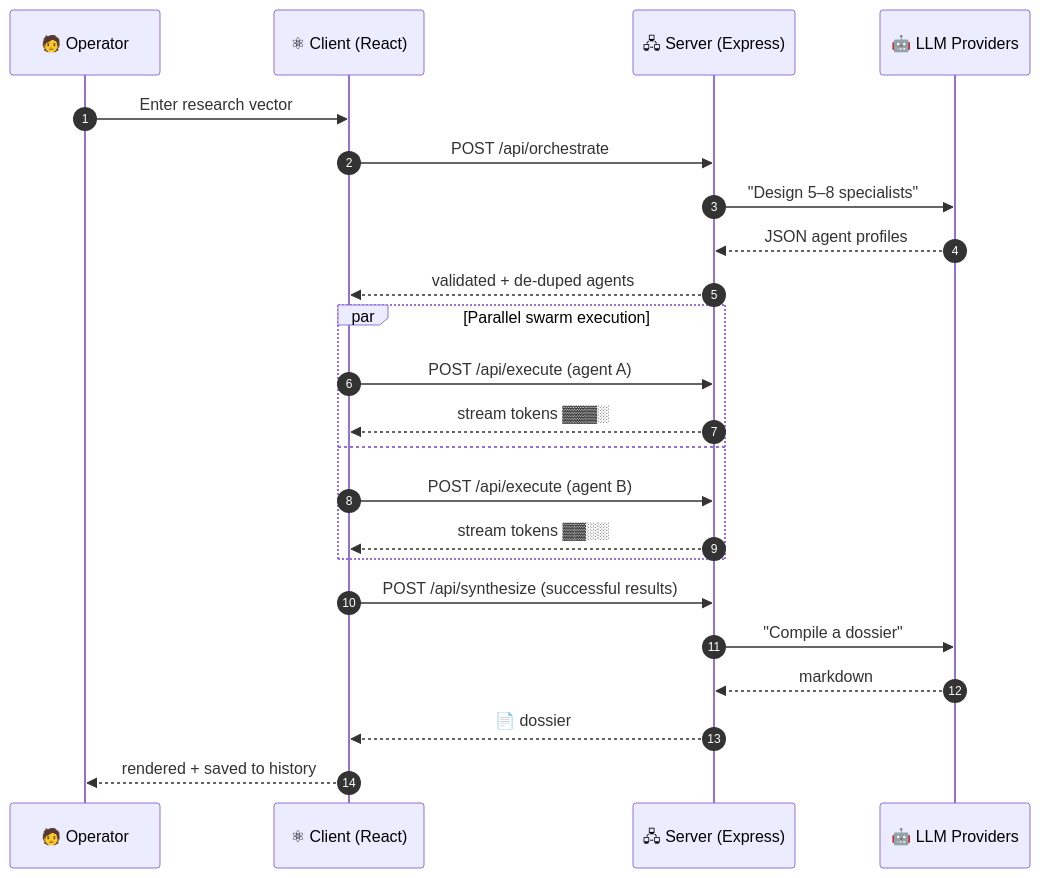
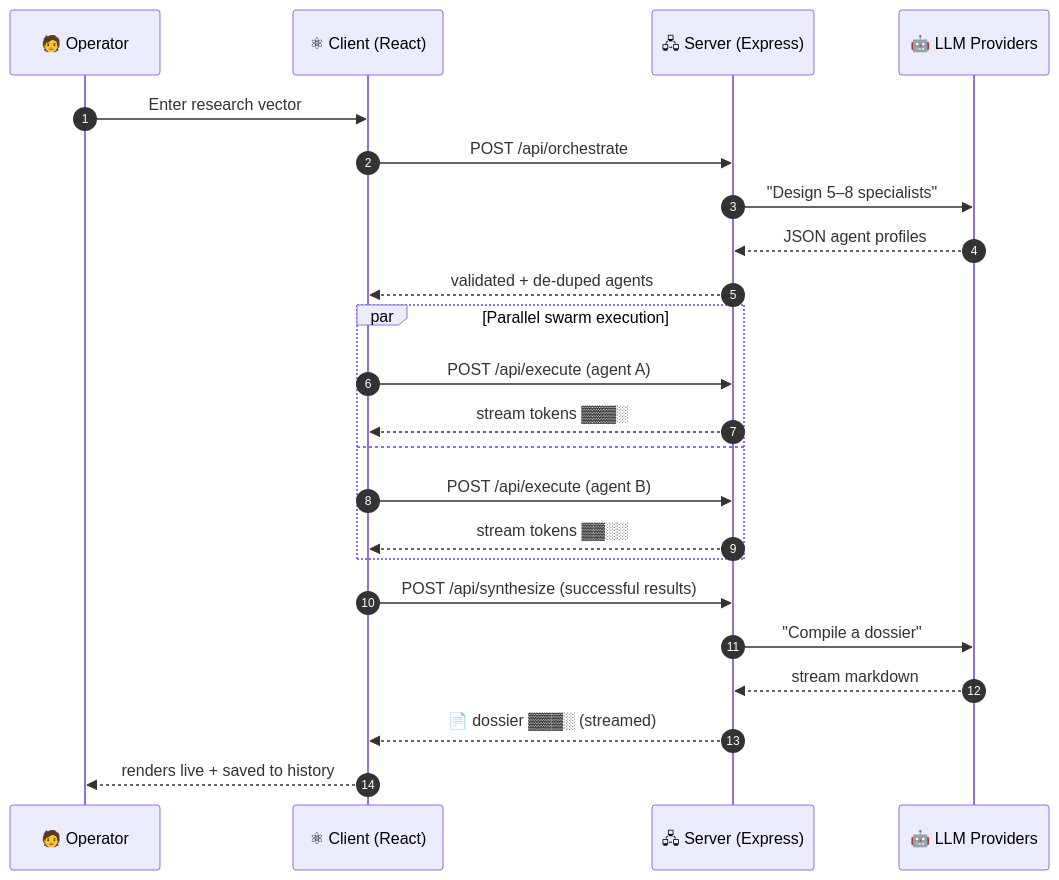
Before and after one commit to rustyorb/cognitive-swarm-engine: the second of 2 diagrams in README.md, drawn with Mermaid. The commit also changed other lines of this file and 2 other files, not shown here.

````diff
--- a/README.md
+++ b/README.md
@@ -90,28 +90,28 @@
 ```mermaid
 sequenceDiagram
     autonumber
     participant U as 🧑 Operator
     participant C as ⚛ Client (React)
     participant S as 🖧 Server (Express)
     participant L as 🤖 LLM Providers
 
     U->>C: Enter research vector
     C->>S: POST /api/orchestrate
     S->>L: "Design 5–8 specialists"
     L-->>S: JSON agent profiles
     S-->>C: validated + de-duped agents
 
     par Parallel swarm execution
         C->>S: POST /api/execute (agent A)
         S-->>C: stream tokens ▓▓▓░
     and
         C->>S: POST /api/execute (agent B)
         S-->>C: stream tokens ▓▓░░
     end
 
     C->>S: POST /api/synthesize (successful results)
     S->>L: "Compile a dossier"
-    L-->>S: markdown
-    S-->>C: 📄 dossier
-    C-->>U: rendered + saved to history
+    L-->>S: stream markdown
+    S-->>C: 📄 dossier ▓▓▓░ (streamed)
+    C-->>U: renders live + saved to history
 ```
````
